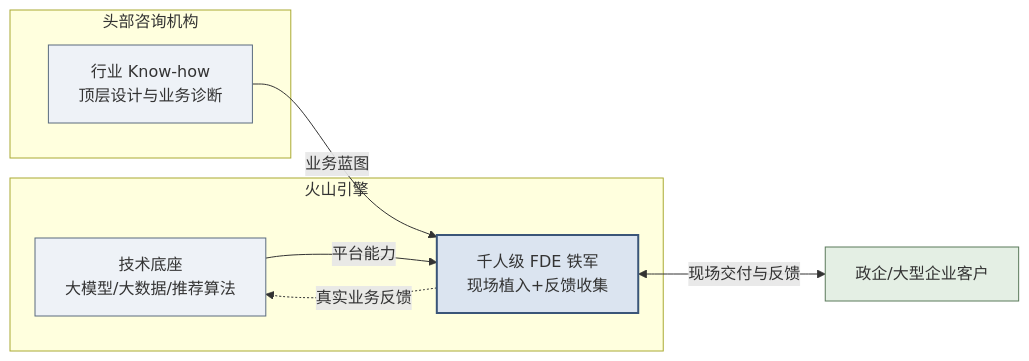
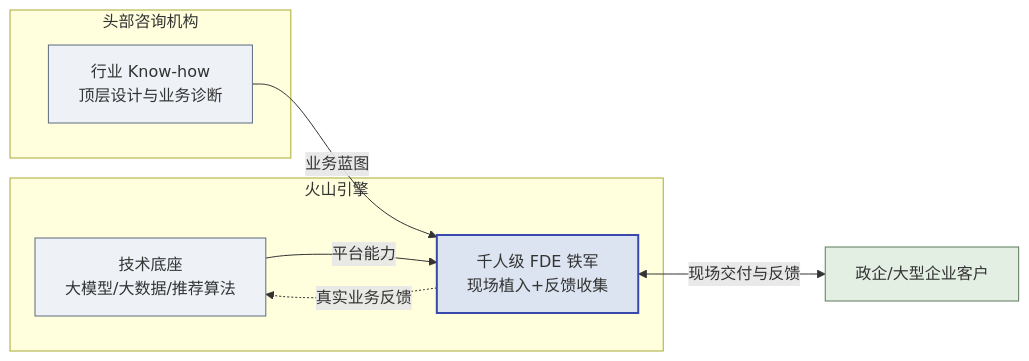
The fourth of 4 diagrams in textbook/第13章_中国云服务商的FDE实践图谱.md (cloudzun/fde-course), drawn with Mermaid before and after one commit. The commit also changed other lines of this file and 12 other files, not shown here.

Commit message:
style: 全库21张mermaid图规范化——节点ID语义化+品牌色统一+补齐图注，第11章新增反馈环路图

````diff
--- a/textbook/第13章_中国云服务商的FDE实践图谱.md
+++ b/textbook/第13章_中国云服务商的FDE实践图谱.md
@@ -236,21 +239,21 @@
 ```mermaid
 graph LR
     subgraph vol["火山引擎"]
         P["技术底座<br/>大模型/大数据/推荐算法"]
         F["千人级 FDE 铁军<br/>现场植入+反馈收集"]
     end
     subgraph con["头部咨询机构"]
         C["行业 Know-how<br/>顶层设计与业务诊断"]
     end
     Client["政企/大型企业客户"]
 
     C -->|业务蓝图| F
     P -->|平台能力| F
     F <-->|现场交付与反馈| Client
     F -.->|真实业务反馈| P
 
-    style F fill:#dbe4f0,stroke:#3a5578,stroke-width:2px
+    style F fill:#dbe4f0,stroke:#3949ab,stroke-width:2px
     style P fill:#eef2f7,stroke:#5a6b7f
     style C fill:#eef2f7,stroke:#5a6b7f
     style Client fill:#e4efe4,stroke:#5b7a5b
 ```
````
